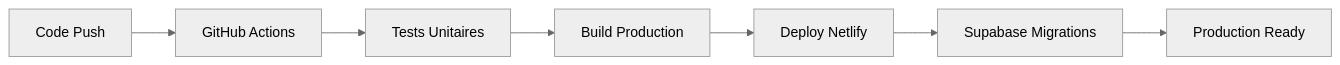
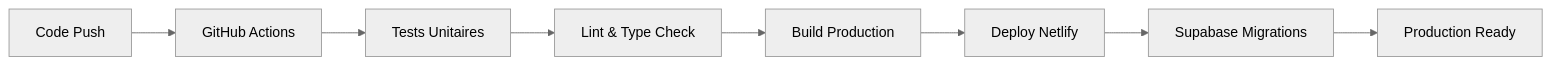
The fourth of 4 diagrams in ARCHITECTURE.md (moonback/Echangeo-officiel), drawn with Mermaid (neutral theme) before and after one commit. The commit also changed other lines of this file and 4 other files, not shown here.

````diff
--- a/ARCHITECTURE.md
+++ b/ARCHITECTURE.md
@@ -487,9 +759,10 @@
 ```mermaid
 graph LR
     A[Code Push] --> B[GitHub Actions]
     B --> C[Tests Unitaires]
-    C --> D[Build Production]
-    D --> E[Deploy Netlify]
-    E --> F[Supabase Migrations]
-    F --> G[Production Ready]
+    C --> D[Lint & Type Check]
+    D --> E[Build Production]
+    E --> F[Deploy Netlify]
+    F --> G[Supabase Migrations]
+    G --> H[Production Ready]
 ```
````
